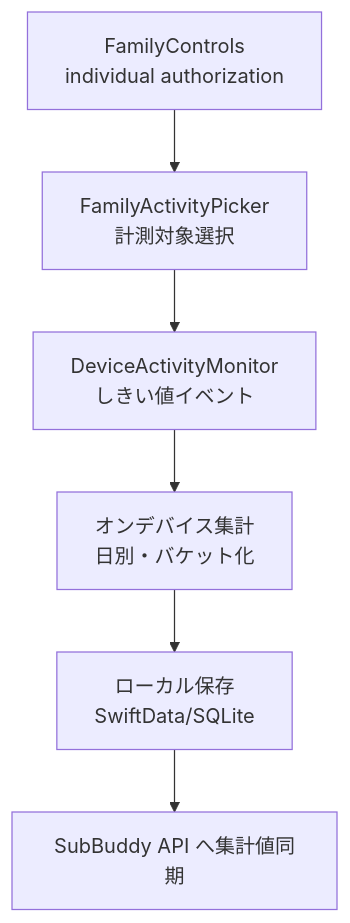
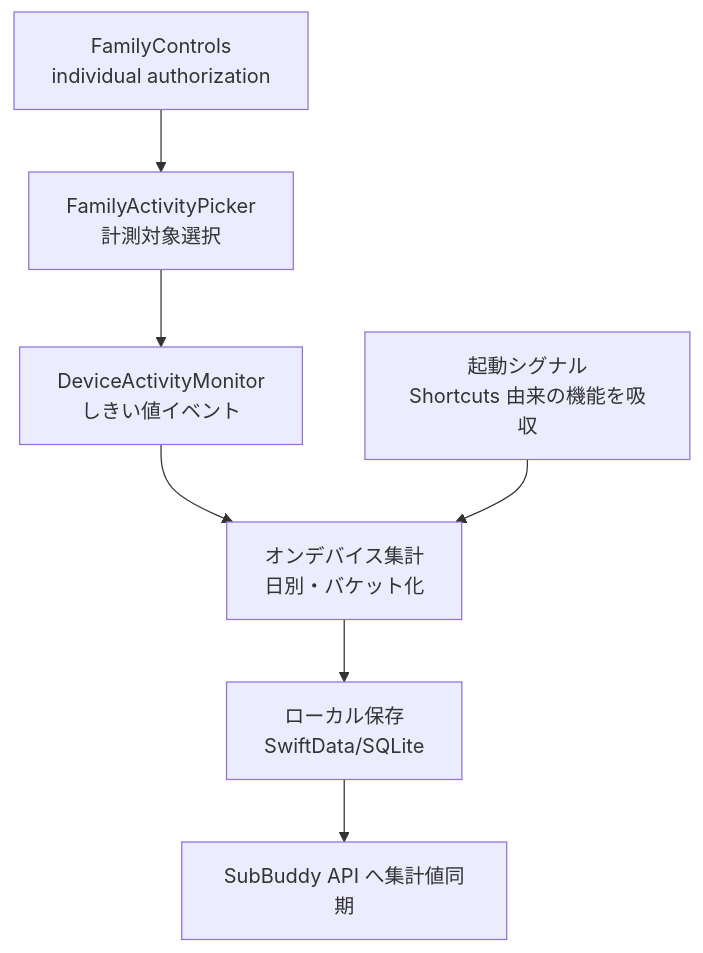
The seventh of 7 diagrams in docs/functional-design.md (Shintaro-Abe/SubBuddy), drawn with Mermaid before and after one commit. The commit also changed other lines of this file and 46 other files, not shown here.

````diff
--- a/docs/functional-design.md
+++ b/docs/functional-design.md
@@ -649,11 +677,13 @@
 ```mermaid
 flowchart TB
   Auth[FamilyControls<br/>individual authorization]
   Pick[FamilyActivityPicker<br/>計測対象選択]
   Mon[DeviceActivityMonitor<br/>しきい値イベント]
+  Launch[起動シグナル<br/>Shortcuts 由来の機能を吸収]
   Agg[オンデバイス集計<br/>日別・バケット化]
   Store[ローカル保存<br/>SwiftData/SQLite]
   Sync[SubBuddy API へ集計値同期]
 
   Auth --> Pick --> Mon --> Agg --> Store --> Sync
+  Launch --> Agg
 ```
````
